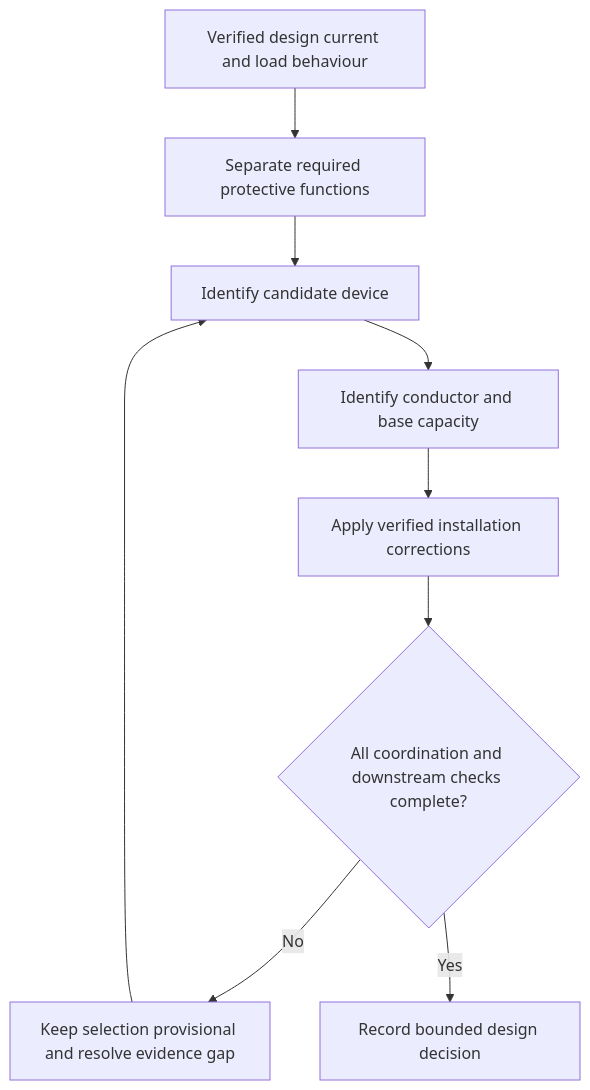
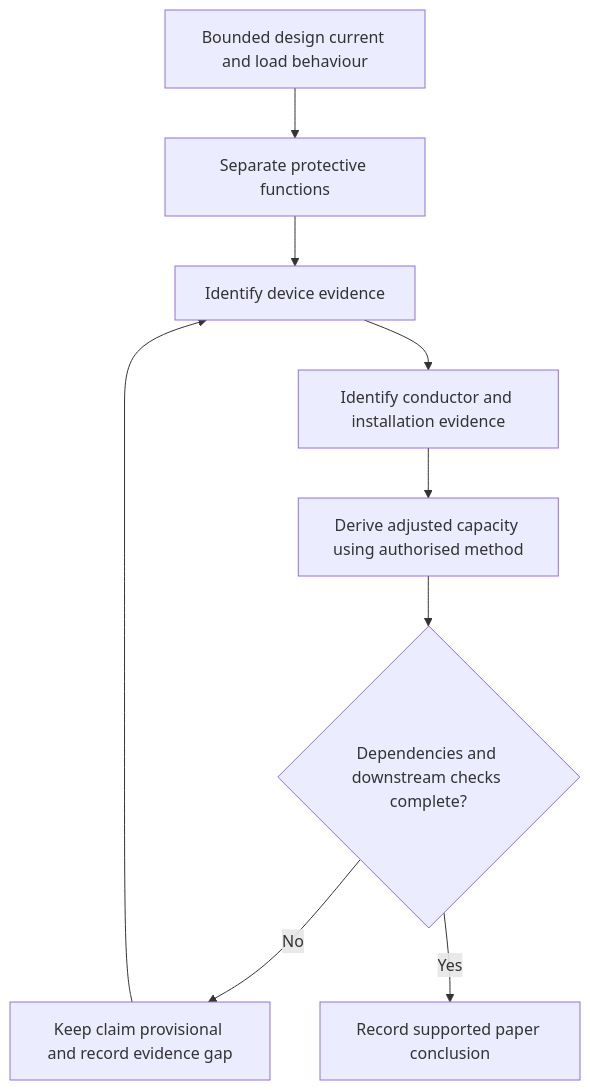
One commit to andrew3stedall/capstone changed the first of 2 diagrams in docs/learning-plans/6-week/modules/day-16-design-current-device-rating-and-conductor-capacity-relationship.md. Above: the diagram before and after it, drawn with Mermaid. The commit also changed other lines of this file, not shown here.

Commit message:
Improve Day 16 current rating capacity reasoning

````diff
--- a/docs/learning-plans/6-week/modules/day-16-design-current-device-rating-and-conductor-capacity-relationship.md
+++ b/docs/learning-plans/6-week/modules/day-16-design-current-device-rating-and-conductor-capacity-relationship.md
@@ -85,11 +104,11 @@
 ```mermaid
 flowchart TD
-    A[Verified design current and load behaviour] --> B[Separate required protective functions]
-    B --> C[Identify candidate device]
-    C --> D[Identify conductor and base capacity]
-    D --> E[Apply verified installation corrections]
-    E --> F{All coordination and downstream checks complete?}
-    F -->|No| G[Keep selection provisional and resolve evidence gap]
+    A[Bounded design current and load behaviour] --> B[Separate protective functions]
+    B --> C[Identify device evidence]
+    C --> D[Identify conductor and installation evidence]
+    D --> E[Derive adjusted capacity using authorised method]
+    E --> F{Dependencies and downstream checks complete?}
+    F -->|No| G[Keep claim provisional and record evidence gap]
     G --> C
-    F -->|Yes| H[Record bounded design decision]
+    F -->|Yes| H[Record supported paper conclusion]
 ```
````
